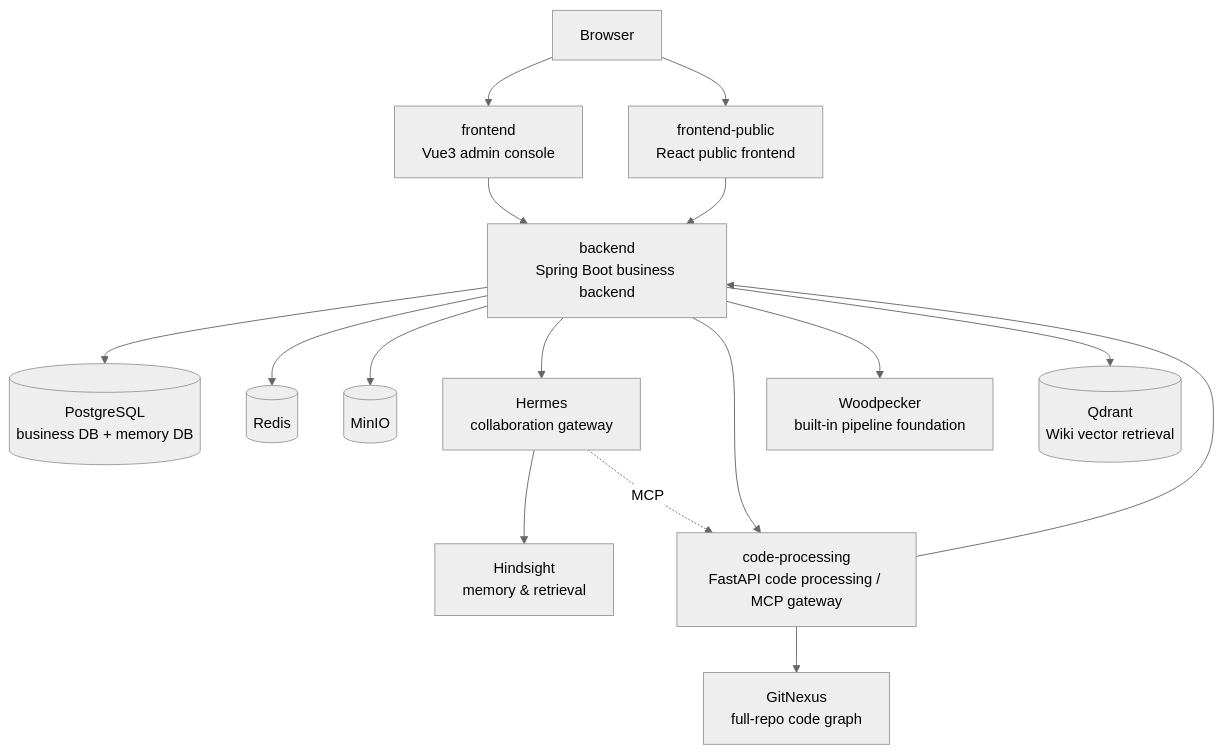
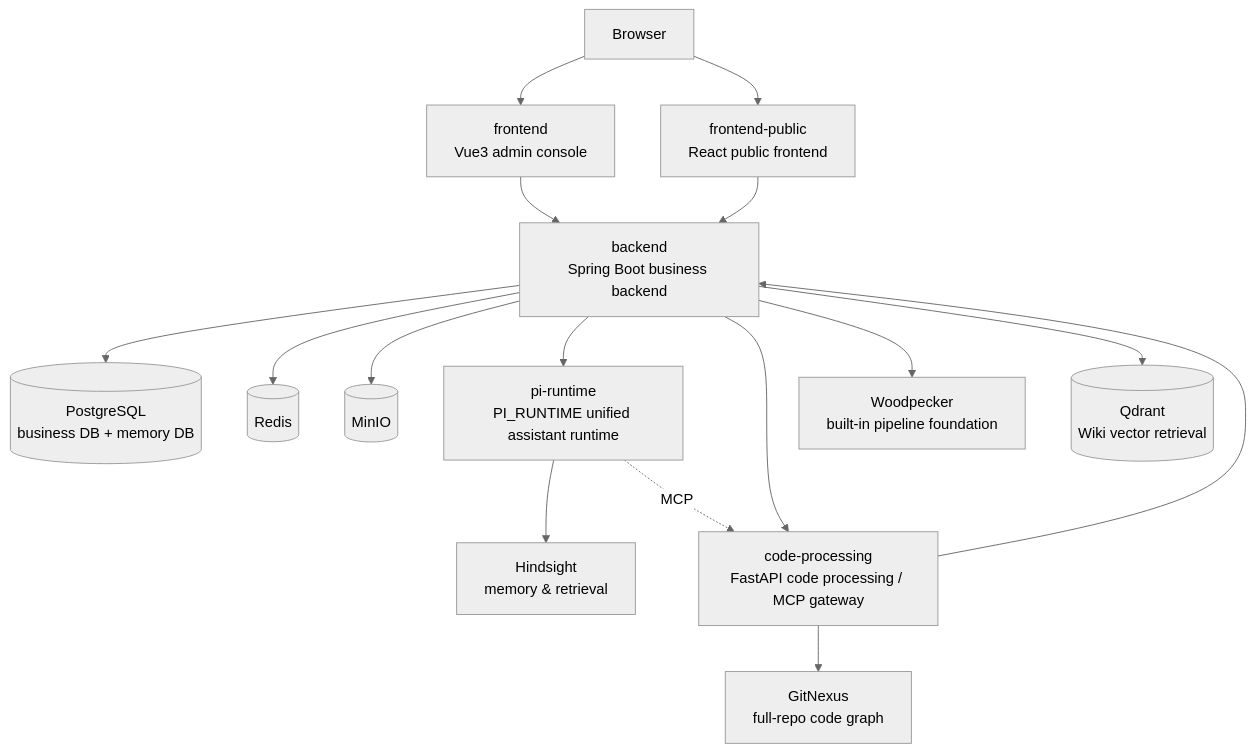
The diagram in README.en.md (maniiiss/ai-club), drawn with Mermaid (neutral theme) before and after one commit. The commit also changed other lines of this file and 259 other files, not shown here.

````diff
--- a/README.en.md
+++ b/README.en.md
@@ -113,19 +113,19 @@
 ```mermaid
 flowchart TD
     A[Browser]
     A --> FE[frontend<br/>Vue3 admin console]
     A --> FP[frontend-public<br/>React public frontend]
     FE --> BE[backend<br/>Spring Boot business backend]
     FP --> BE
     BE --> DB[(PostgreSQL<br/>business DB + memory DB)]
     BE --> RD[(Redis)]
     BE --> MN[(MinIO)]
-    BE --> HM[Hermes<br/>collaboration gateway]
+    BE --> PI[pi-runtime<br/>PI_RUNTIME unified assistant runtime]
     BE --> CP[code-processing<br/>FastAPI code processing / MCP gateway]
     BE --> WP[Woodpecker<br/>built-in pipeline foundation]
-    HM --> HS[Hindsight<br/>memory & retrieval]
-    HM -.MCP.-> CP
+    PI --> HS[Hindsight<br/>memory & retrieval]
+    PI -.MCP.-> CP
     CP --> BE
     BE --> QD[(Qdrant<br/>Wiki vector retrieval)]
     CP --> GN[GitNexus<br/>full-repo code graph]
 ```
````
